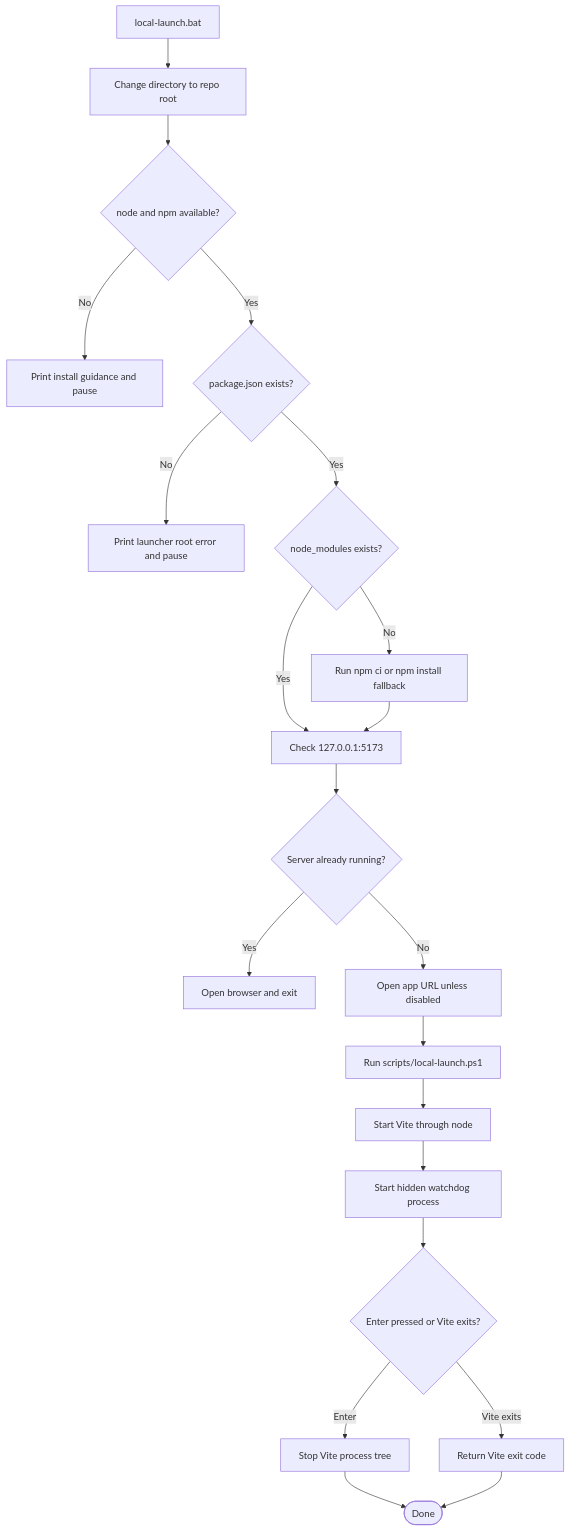
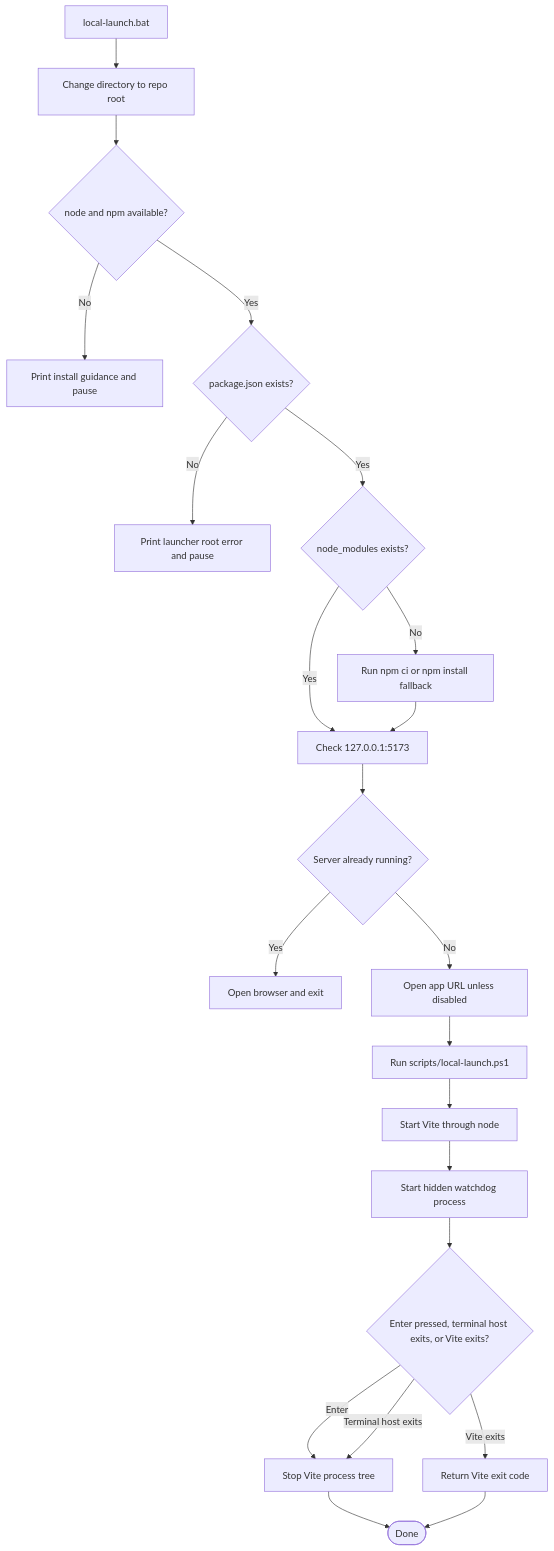
Before and after one commit to zxyandreay/auto-subtitle: diagram 11 of 17 in docs/project-state.md, drawn with Mermaid. The commit also changed other lines of this file and 1 other file, not shown here.

````diff
--- a/docs/project-state.md
+++ b/docs/project-state.md
@@ -796,23 +798,24 @@
 ```mermaid
 flowchart TD
     Bat["local-launch.bat"] --> Root["Change directory to repo root"]
     Root --> Node{"node and npm available?"}
     Node -->|No| Missing["Print install guidance and pause"]
     Node -->|Yes| Package{"package.json exists?"}
     Package -->|No| MissingPackage["Print launcher root error and pause"]
     Package -->|Yes| Deps{"node_modules exists?"}
     Deps -->|No| Install["Run npm ci or npm install fallback"]
     Deps -->|Yes| PortCheck["Check 127.0.0.1:5173"]
     Install --> PortCheck
     PortCheck --> Running{"Server already running?"}
     Running -->|Yes| OpenExisting["Open browser and exit"]
     Running -->|No| OpenBrowser["Open app URL unless disabled"]
     OpenBrowser --> Ps1["Run scripts/local-launch.ps1"]
     Ps1 --> Vite["Start Vite through node"]
     Vite --> Watchdog["Start hidden watchdog process"]
-    Watchdog --> Wait{"Enter pressed or Vite exits?"}
+    Watchdog --> Wait{"Enter pressed, terminal host exits, or Vite exits?"}
     Wait -->|Enter| StopTree["Stop Vite process tree"]
+    Wait -->|Terminal host exits| StopTree
     Wait -->|Vite exits| ExitCode["Return Vite exit code"]
     StopTree --> Done([Done])
     ExitCode --> Done
 ```
````
